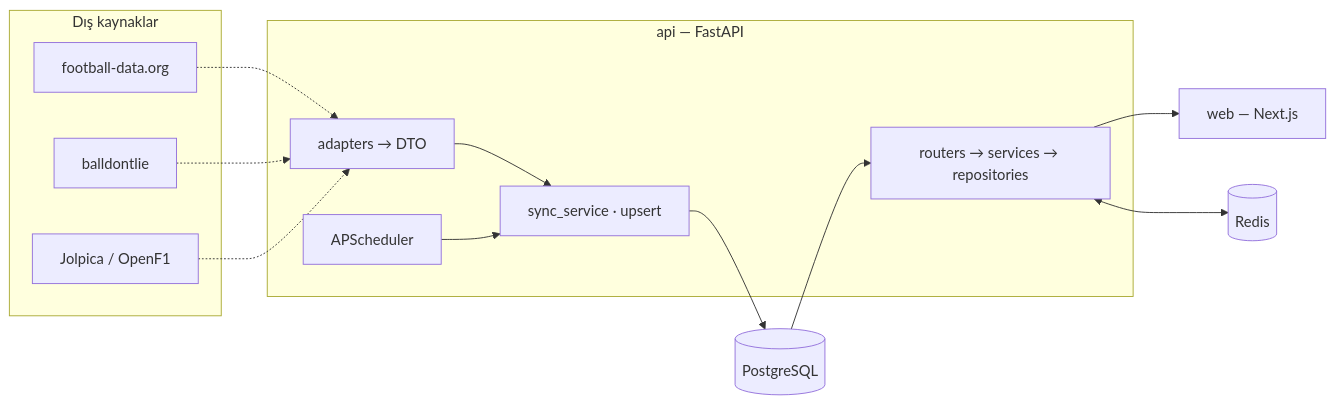
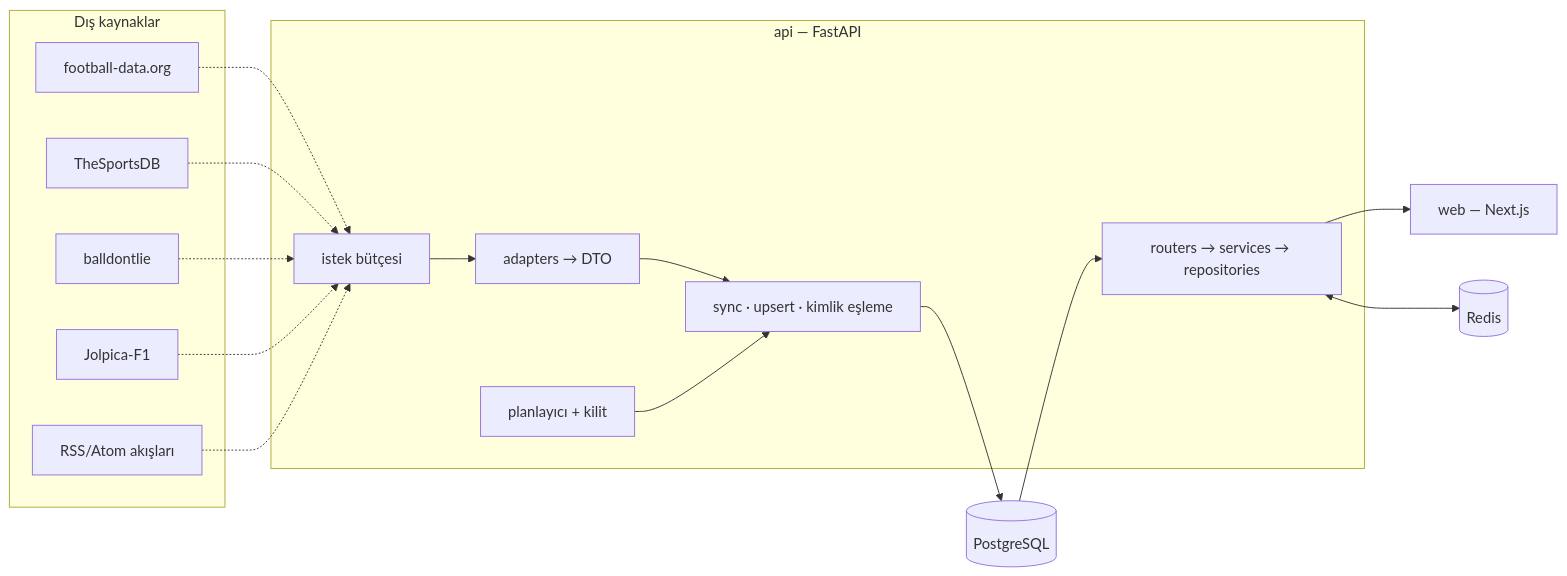
One commit to Ahmetbaboli/sporhub changed the diagram in README.md. Above: the diagram before and after it, drawn with Mermaid. The commit also changed other lines of this file and 10 other files, not shown here.

````diff
--- a/README.md
+++ b/README.md
@@ -22,21 +74,24 @@
 ```mermaid
 flowchart LR
   subgraph Ext[Dış kaynaklar]
     FD[football-data.org]
+    TS[TheSportsDB]
     BD[balldontlie]
-    F1[Jolpica / OpenF1]
+    F1[Jolpica-F1]
+    RSS[RSS/Atom akışları]
   end
   subgraph API[api — FastAPI]
     AD[adapters → DTO]
-    SS[sync_service · upsert]
-    SCH[APScheduler]
+    B[istek bütçesi]
+    SS[sync · upsert · kimlik eşleme]
+    SCH[planlayıcı + kilit]
     R[routers → services → repositories]
   end
   PG[(PostgreSQL)]
   RD[(Redis)]
   WEB[web — Next.js]
-  FD & BD & F1 -.-> AD --> SS --> PG
+  FD & TS & BD & F1 & RSS -.-> B --> AD --> SS --> PG
   SCH --> SS
   PG --> R --> WEB
   R <--> RD
 ```
````
